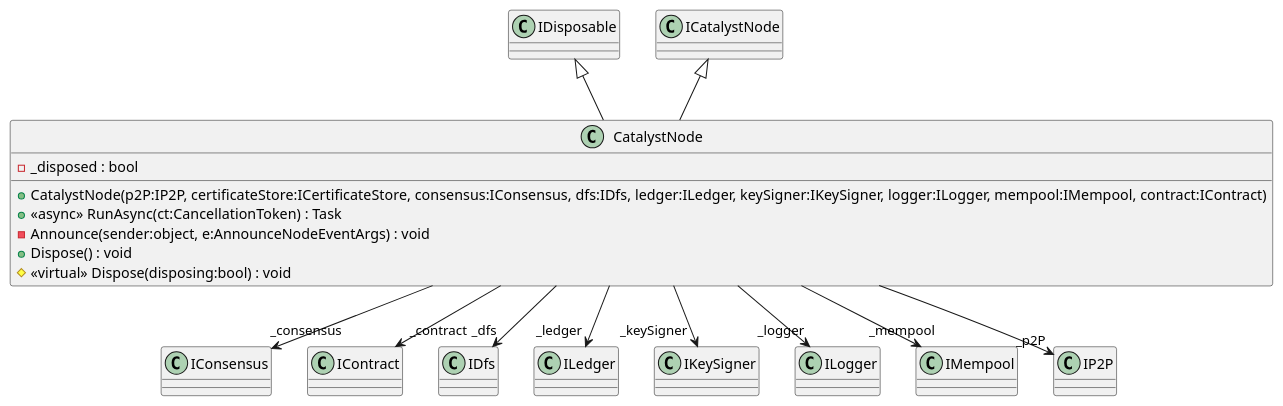
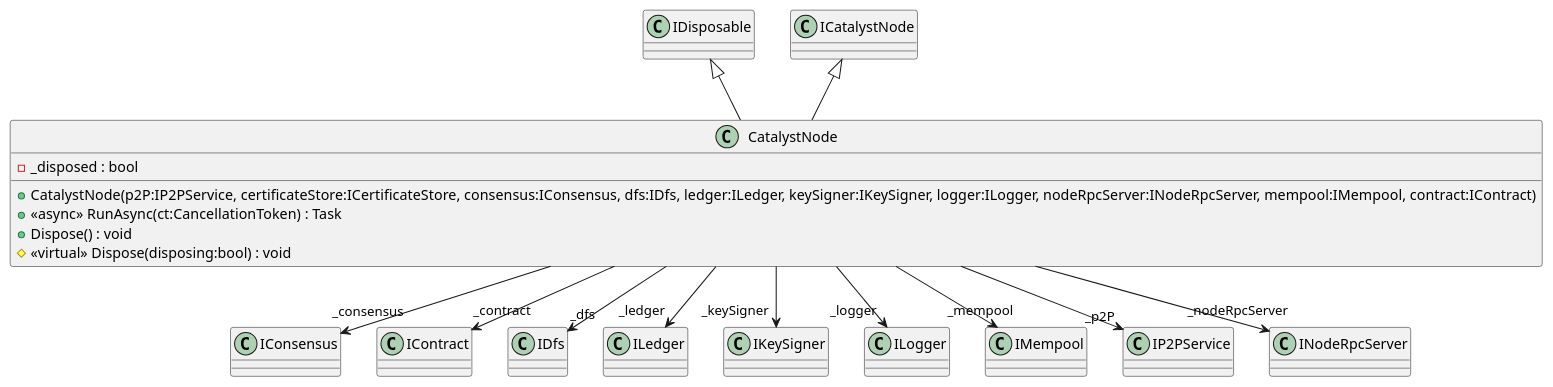
The diagram in Documentation/UML/Catalyst.Node.Core/CataystNode.puml (catalyst-network/Catalyst), drawn with PlantUML before and after one commit. The commit also changed 285 other files, not shown here.

Commit message:
update uml

```diff
--- a/Documentation/UML/Catalyst.Node.Core/CataystNode.puml
+++ b/Documentation/UML/Catalyst.Node.Core/CataystNode.puml
@@ -1,20 +1,20 @@
 @startuml
 class CatalystNode {
     - _disposed : bool
-    + CatalystNode(p2P:IP2P, certificateStore:ICertificateStore, consensus:IConsensus, dfs:IDfs, ledger:ILedger, keySigner:IKeySigner, logger:ILogger, mempool:IMempool, contract:IContract)
+    + CatalystNode(p2P:IP2PService, certificateStore:ICertificateStore, consensus:IConsensus, dfs:IDfs, ledger:ILedger, keySigner:IKeySigner, logger:ILogger, nodeRpcServer:INodeRpcServer, mempool:IMempool, contract:IContract)
     + <<async>> RunAsync(ct:CancellationToken) : Task
-    - Announce(sender:object, e:AnnounceNodeEventArgs) : void
     + Dispose() : void
     # <<virtual>> Dispose(disposing:bool) : void
 }
 IDisposable <|-- CatalystNode
 ICatalystNode <|-- CatalystNode
 CatalystNode --> "_consensus" IConsensus
 CatalystNode --> "_contract" IContract
 CatalystNode --> "_dfs" IDfs
 CatalystNode --> "_ledger" ILedger
 CatalystNode --> "_keySigner" IKeySigner
 CatalystNode --> "_logger" ILogger
 CatalystNode --> "_mempool" IMempool
-CatalystNode --> "_p2P" IP2P
+CatalystNode --> "_p2P" IP2PService
+CatalystNode --> "_nodeRpcServer" INodeRpcServer
 @enduml
```
